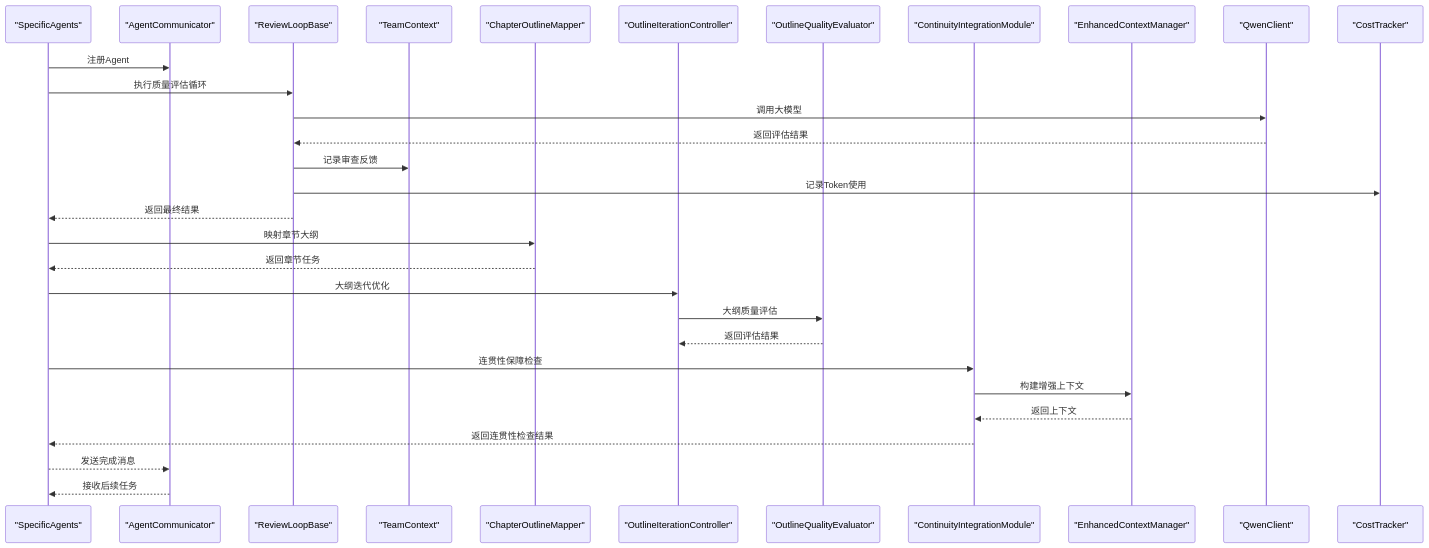
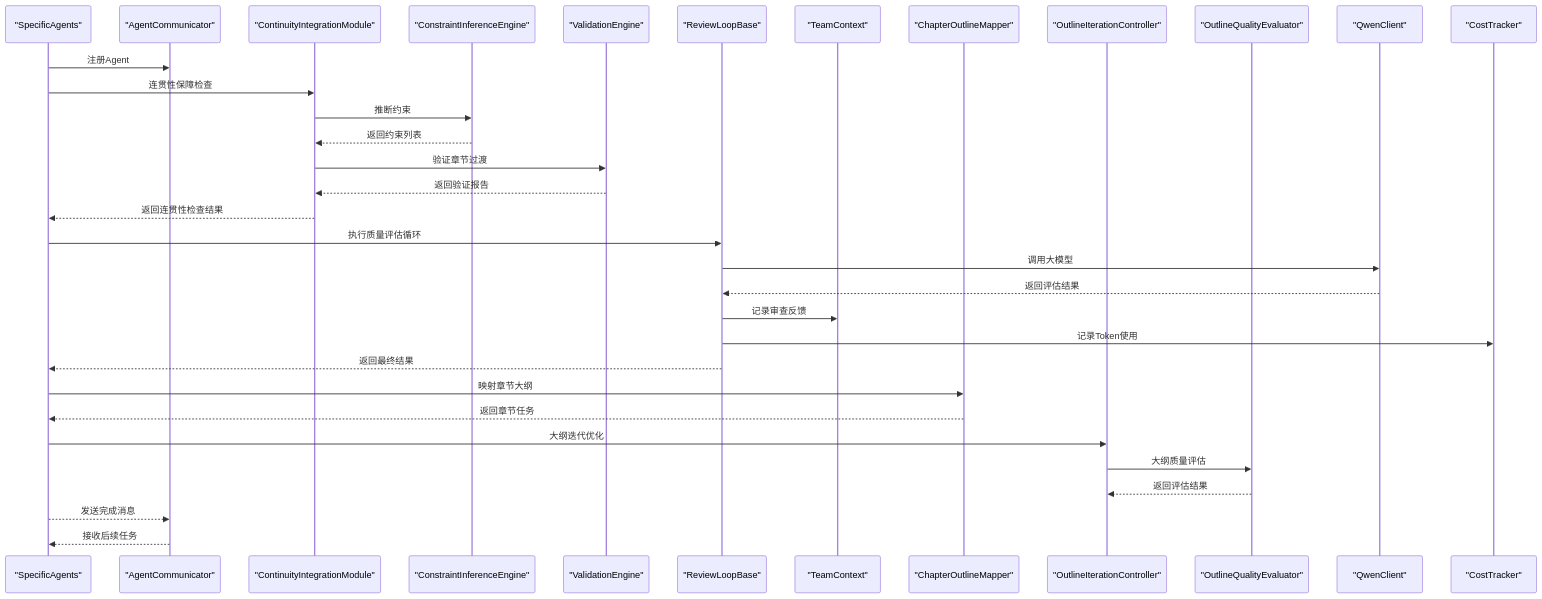
Before and after one commit to xfbyxq/ai-novel-system: the second of 16 diagrams in .qoder/repowiki/zh/content/AI智能体系统/AI智能体系统.md, drawn with Mermaid. The commit also changed other lines of this file and 8 other files, not shown here.

````diff
--- a/.qoder/repowiki/zh/content/AI智能体系统/AI智能体系统.md
+++ b/.qoder/repowiki/zh/content/AI智能体系统/AI智能体系统.md
@@ -221,32 +229,35 @@
 ```mermaid
 sequenceDiagram
 participant Agent as "SpecificAgents"
 participant Comm as "AgentCommunicator"
+participant CIM as "ContinuityIntegrationModule"
+participant CIE as "ConstraintInferenceEngine"
+participant VE as "ValidationEngine"
 participant RL as "ReviewLoopBase"
 participant TC as "TeamContext"
 participant COM as "ChapterOutlineMapper"
 participant OIC as "OutlineIterationController"
 participant OQE as "OutlineQualityEvaluator"
-participant CIM as "ContinuityIntegrationModule"
-participant ECM as "EnhancedContextManager"
 participant Qwen as "QwenClient"
 participant Tracker as "CostTracker"
 Agent->>Comm : 注册Agent
+Agent->>CIM : 连贯性保障检查
+CIM->>CIE : 推断约束
+CIE-->>CIM : 返回约束列表
+CIM->>VE : 验证章节过渡
+VE-->>CIM : 返回验证报告
+CIM-->>Agent : 返回连贯性检查结果
 Agent->>RL : 执行质量评估循环
 RL->>Qwen : 调用大模型
 Qwen-->>RL : 返回评估结果
 RL->>TC : 记录审查反馈
 RL->>Tracker : 记录Token使用
 RL-->>Agent : 返回最终结果
 Agent->>COM : 映射章节大纲
 COM-->>Agent : 返回章节任务
 Agent->>OIC : 大纲迭代优化
 OIC->>OQE : 大纲质量评估
 OQE-->>OIC : 返回评估结果
-Agent->>CIM : 连贯性保障检查
-CIM->>ECM : 构建增强上下文
-ECM-->>CIM : 返回上下文
-CIM-->>Agent : 返回连贯性检查结果
 Agent-->>Comm : 发送完成消息
 Comm-->>Agent : 接收后续任务
 ```
````
